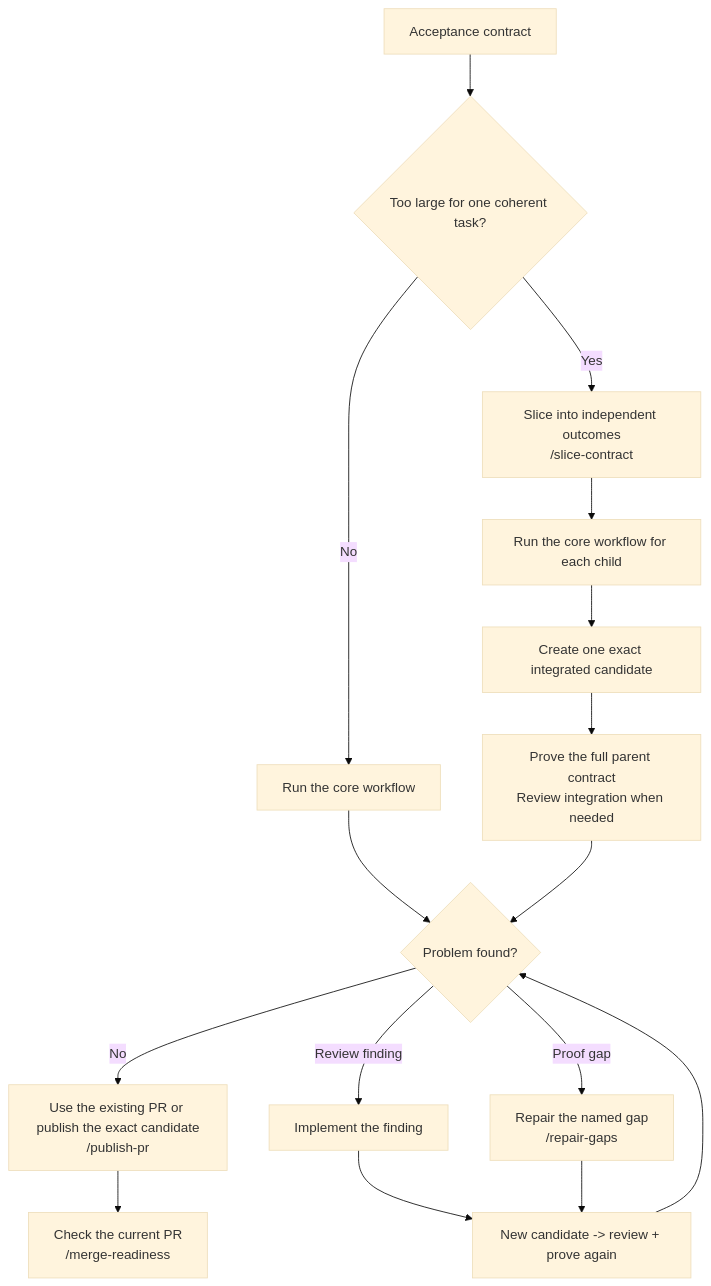
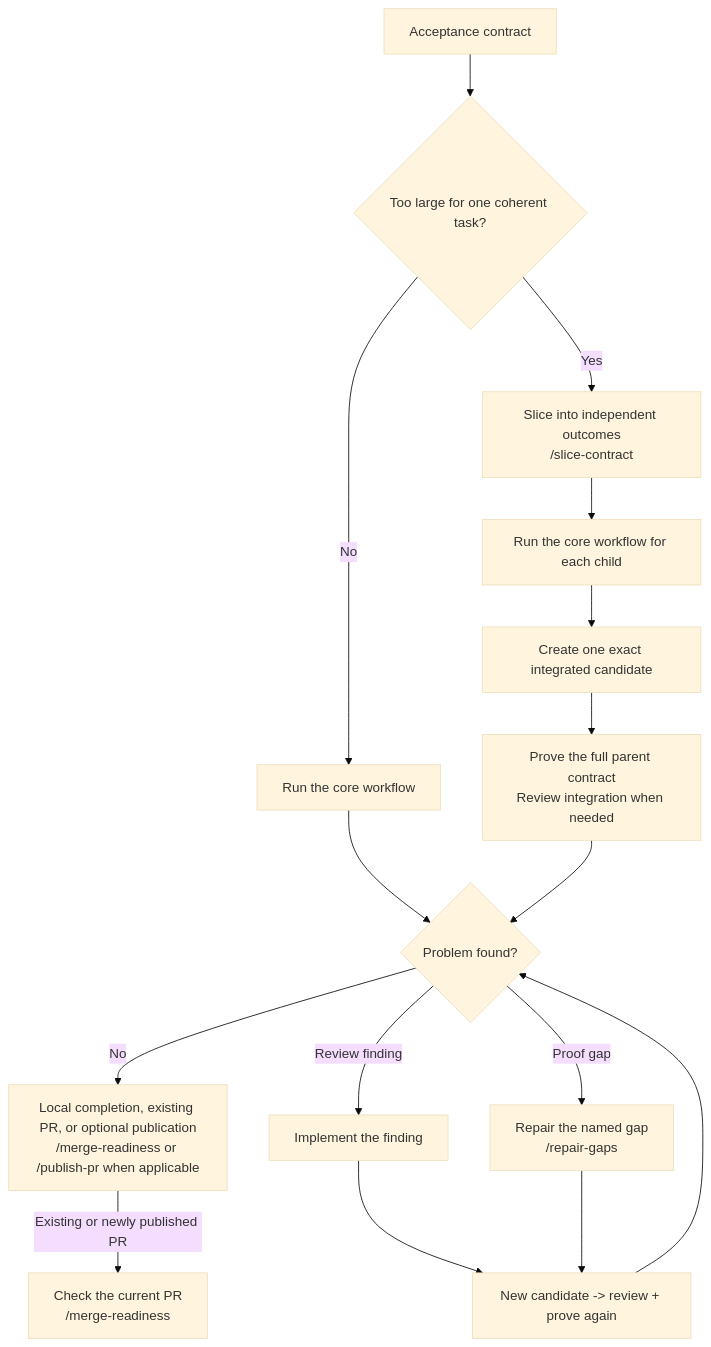
One commit to grove/promise-to-proof changed the second of 2 diagrams in README.md. Above: the diagram before and after it, drawn with Mermaid (base theme). The commit also changed other lines of this file and 18 other files, not shown here.

````diff
--- a/README.md
+++ b/README.md
@@ -167,19 +167,19 @@
 ```mermaid
 flowchart TD
   contract["Acceptance contract"] --> large{"Too large for one coherent task?"}
   large -->|No| core["Run the core workflow"]
   large -->|Yes| slice["Slice into independent outcomes<br/>/slice-contract"]
   slice --> children["Run the core workflow for each child"]
   children --> integrated["Create one exact integrated candidate"]
   integrated --> parent["Prove the full parent contract<br/>Review integration when needed"]
 
   core --> problem{"Problem found?"}
   parent --> problem
-  problem -->|No| pr["Use the existing PR or publish the exact candidate<br/>/publish-pr"]
-  pr --> ready["Check the current PR<br/>/merge-readiness"]
+  problem -->|No| pr["Local completion, existing PR, or optional publication<br/>/merge-readiness or /publish-pr when applicable"]
+  pr -->|Existing or newly published PR| ready["Check the current PR<br/>/merge-readiness"]
   problem -->|Review finding| fix["Implement the finding"]
   problem -->|Proof gap| repair["Repair the named gap<br/>/repair-gaps"]
   fix --> rerun["New candidate -> review + prove again"]
   repair --> rerun
   rerun --> problem
 ```
````
